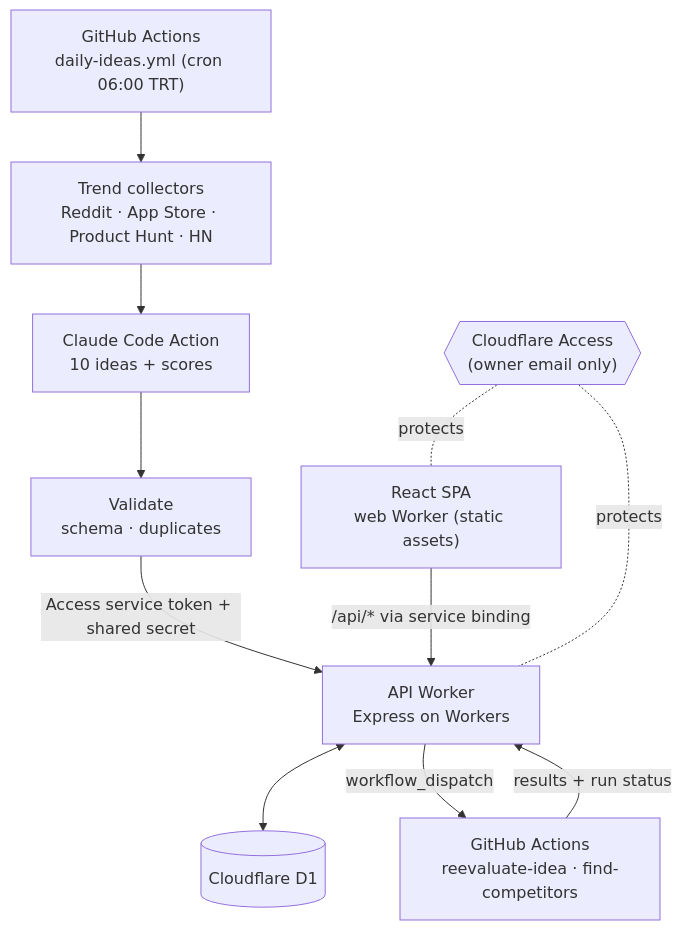
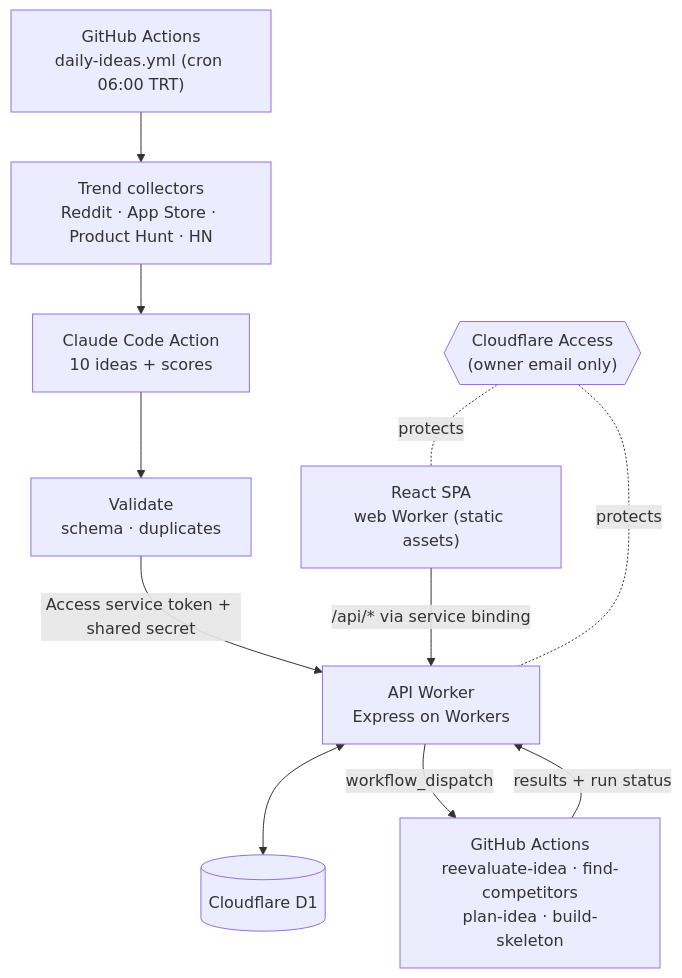
One commit to utkualbayrak/app-idea-factory changed the diagram in README.md. Above: the diagram before and after it, drawn with Mermaid. The commit also changed other lines of this file and 15 other files, not shown here.

First line of the commit message:
Faz 3C: iskelet uretimi (build-skeleton.yml)

````diff
--- a/README.md
+++ b/README.md
@@ -44,15 +47,15 @@
 ```mermaid
 flowchart TD
     CRON["GitHub Actions<br/>daily-ideas.yml (cron 06:00 TRT)"] --> TR["Trend collectors<br/>Reddit · App Store · Product Hunt · HN"]
     TR --> CC["Claude Code Action<br/>10 ideas + scores"]
     CC --> VAL["Validate<br/>schema · duplicates"]
     VAL -->|"Access service token + shared secret"| API
 
     UI["React SPA<br/>web Worker (static assets)"] -->|"/api/* via service binding"| API["API Worker<br/>Express on Workers"]
     API <--> DB[("Cloudflare D1")]
-    API -->|"workflow_dispatch"| JOBS["GitHub Actions<br/>reevaluate-idea · find-competitors"]
+    API -->|"workflow_dispatch"| JOBS["GitHub Actions<br/>reevaluate-idea · find-competitors<br/>plan-idea · build-skeleton"]
     JOBS -->|"results + run status"| API
 
     ACCESS{{"Cloudflare Access<br/>(owner email only)"}} -.protects.- UI
     ACCESS -.protects.- API
 ```
````
